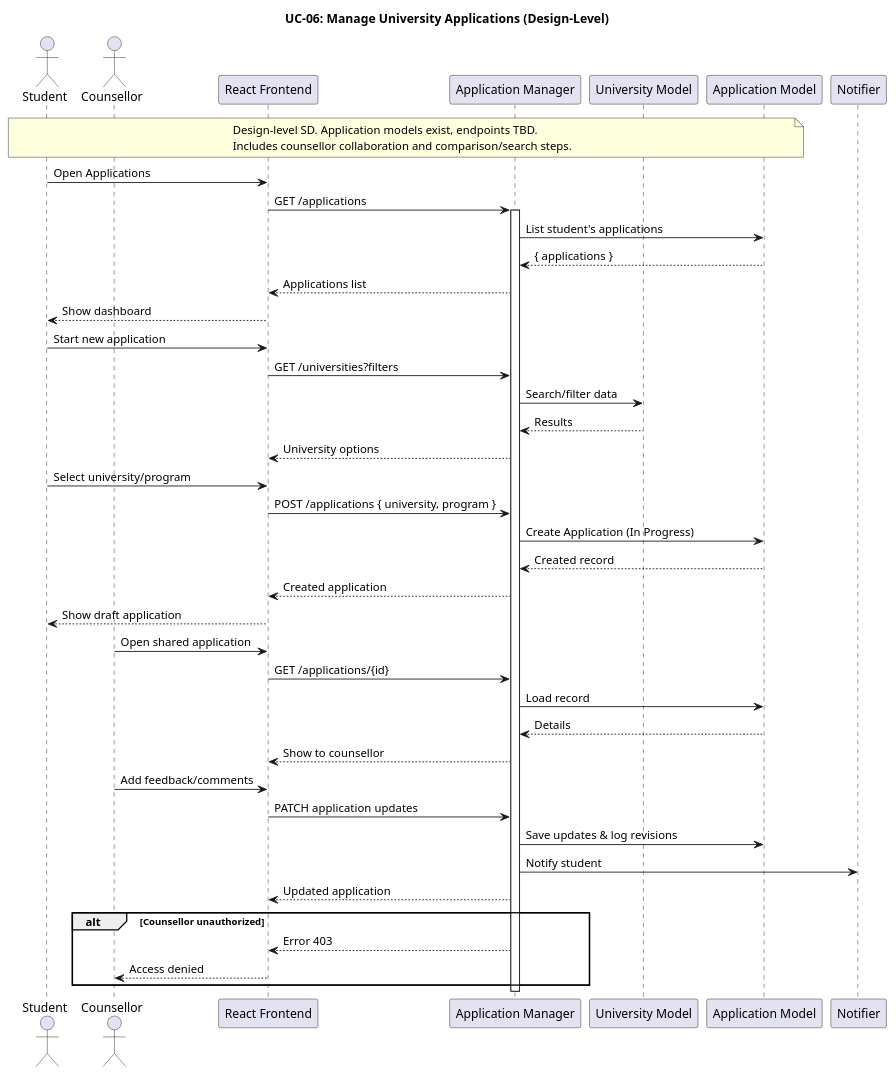
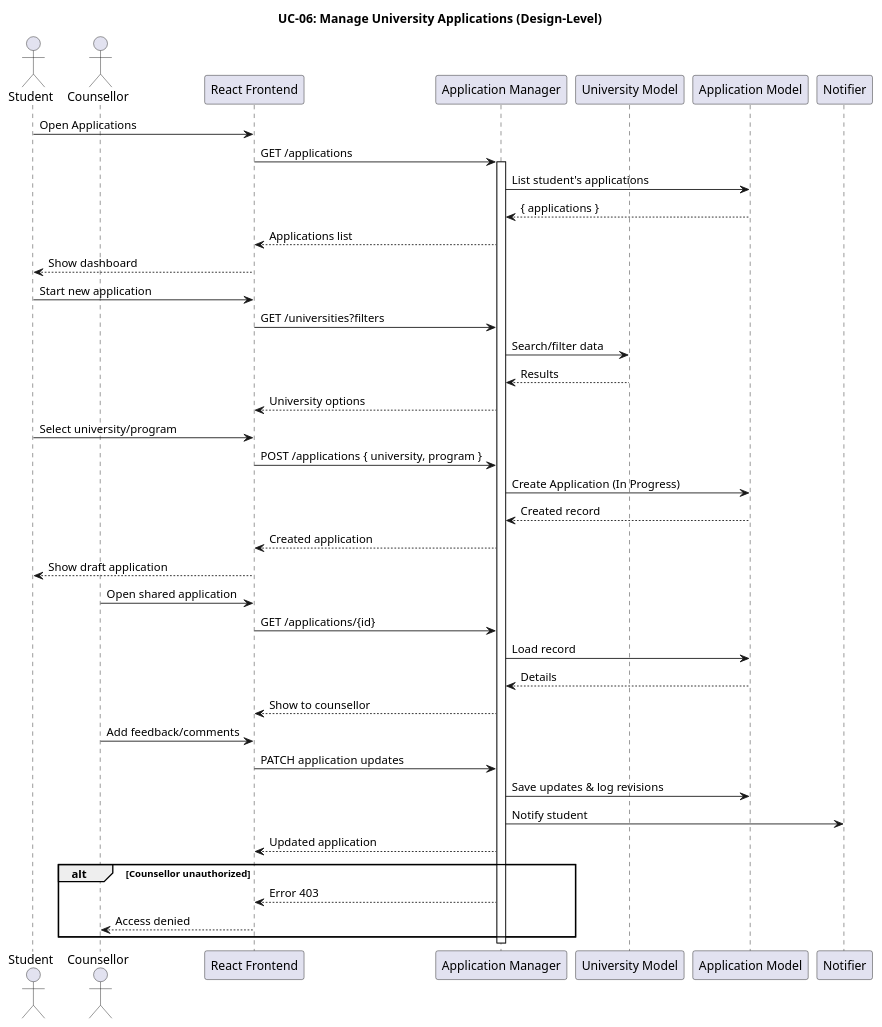
Before and after one commit to MMMustafakamran/SDs: the diagram in planttext/uc06-manage-applications.puml, drawn with PlantUML. The commit also changed 15 other files, not shown here.

```diff
--- a/planttext/uc06-manage-applications.puml
+++ b/planttext/uc06-manage-applications.puml
@@ -1,64 +1,60 @@
 @startuml
 title UC-06: Manage University Applications (Design-Level)
 
 actor Student
 actor Counsellor
 participant Frontend as "React Frontend"
 participant ApplicationAPI as "Application Manager"
 participant University as "University Model"
 participant Application as "Application Model"
 participant Notification as "Notifier"
 
-note over Student, Application
-Design-level SD. Application models exist, endpoints TBD.
-Includes counsellor collaboration and comparison/search steps.
-end note
 
 '======================
 ' Access application manager
 '======================
 Student -> Frontend : Open Applications
 Frontend -> ApplicationAPI : GET /applications
 activate ApplicationAPI
 ApplicationAPI -> Application : List student's applications
 Application --> ApplicationAPI : { applications }
 ApplicationAPI --> Frontend : Applications list
 Frontend --> Student : Show dashboard
 
 '======================
 ' Create new application
 '======================
 Student -> Frontend : Start new application
 Frontend -> ApplicationAPI : GET /universities?filters
 ApplicationAPI -> University : Search/filter data
 University --> ApplicationAPI : Results
 ApplicationAPI --> Frontend : University options
 Student -> Frontend : Select university/program
 Frontend -> ApplicationAPI : POST /applications { university, program }
 ApplicationAPI -> Application : Create Application (In Progress)
 Application --> ApplicationAPI : Created record
 ApplicationAPI --> Frontend : Created application
 Frontend --> Student : Show draft application
 
 '======================
 ' Counsellor collaboration (if assigned)
 '======================
 Counsellor -> Frontend : Open shared application
 Frontend -> ApplicationAPI : GET /applications/{id}
 ApplicationAPI -> Application : Load record
 Application --> ApplicationAPI : Details
 ApplicationAPI --> Frontend : Show to counsellor
 Counsellor -> Frontend : Add feedback/comments
 Frontend -> ApplicationAPI : PATCH application updates
 ApplicationAPI -> Application : Save updates & log revisions
 ApplicationAPI -> Notification : Notify student
 ApplicationAPI --> Frontend : Updated application
 
 alt Counsellor unauthorized
     ApplicationAPI --> Frontend : Error 403
     Frontend --> Counsellor : Access denied
 end
 
 deactivate ApplicationAPI
 
 @enduml
```
